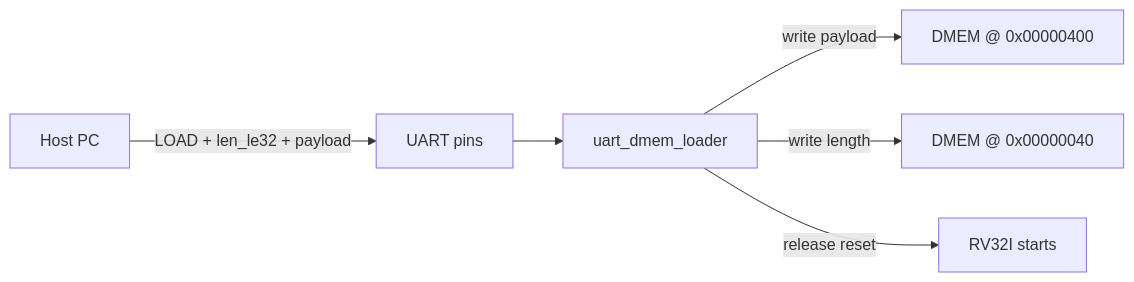
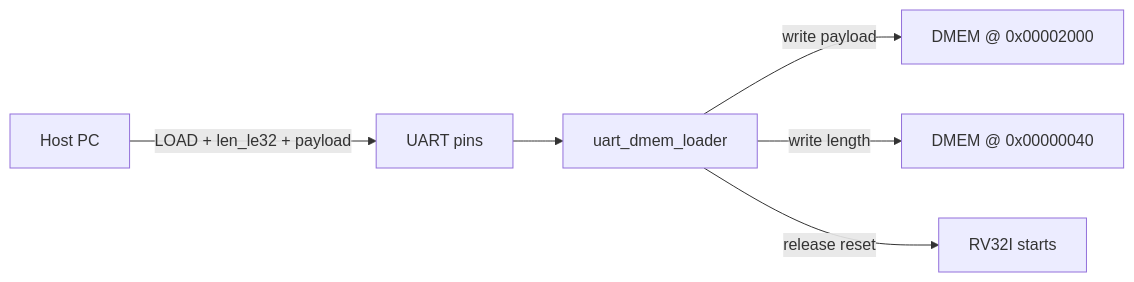
One commit to ngoquocan139/AES_huffman_all6 changed the second of 2 diagrams in docs/soc_usage_and_fpga_guide.md. Above: the diagram before and after it, drawn with Mermaid. The commit also changed other lines of this file and 61 other files, not shown here.

````diff
--- a/docs/soc_usage_and_fpga_guide.md
+++ b/docs/soc_usage_and_fpga_guide.md
@@ -305,8 +305,8 @@
 ```mermaid
 flowchart LR
   PC["Host PC"] -->|"LOAD + len_le32 + payload"| UART["UART pins"]
   UART --> LDR["uart_dmem_loader"]
-  LDR -->|"write payload"| SRC["DMEM @ 0x00000400"]
+  LDR -->|"write payload"| SRC["DMEM @ 0x00002000"]
   LDR -->|"write length"| LEN["DMEM @ 0x00000040"]
   LDR -->|"release reset"| CPU["RV32I starts"]
 ```
````
